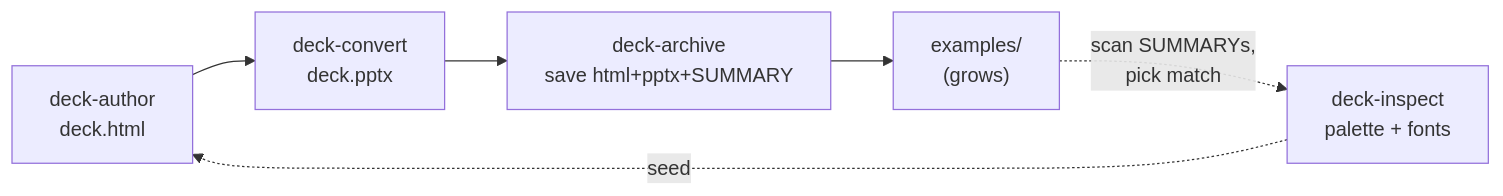
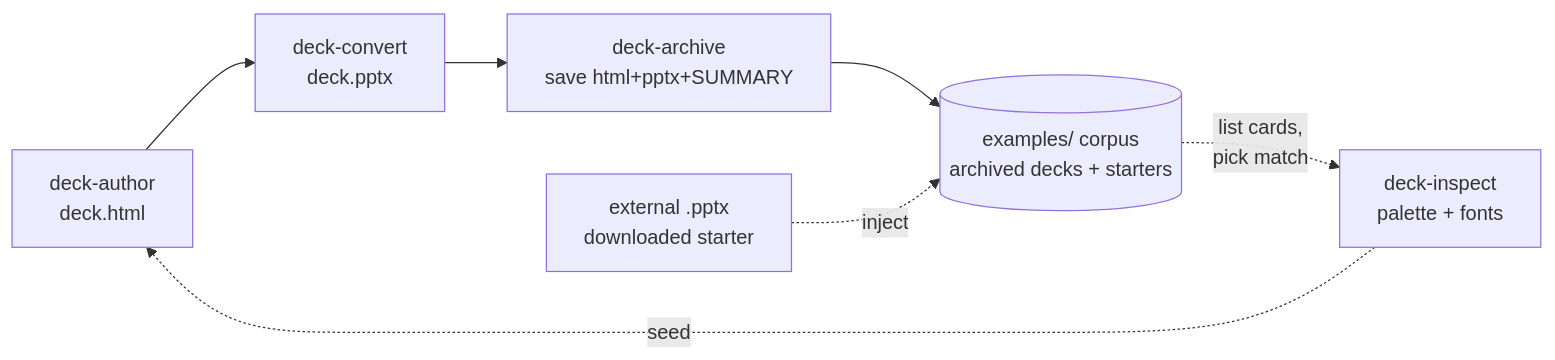
Before and after one commit to iteam1/deck-maker: the diagram in docs/self-improving.md, drawn with Mermaid. The commit also changed other lines of this file and 1 other file, not shown here.

First line of the commit message:
docs: show corpus + external resources as db icons in the loop diagrams

````diff
--- a/docs/self-improving.md
+++ b/docs/self-improving.md
@@ -12,8 +12,9 @@
 ```mermaid
 flowchart LR
     A["deck-author<br/>deck.html"] --> C["deck-convert<br/>deck.pptx"]
     C --> R["deck-archive<br/>save html+pptx+SUMMARY"]
-    R --> E["examples/<br/>(grows)"]
-    E -.->|"scan SUMMARYs,<br/>pick match"| I["deck-inspect<br/>palette + fonts"]
+    R --> E[("examples/ corpus<br/>archived decks + starters")]
+    X["external .pptx<br/>downloaded starter"] -.->|"inject"| E
+    E -.->|"list cards,<br/>pick match"| I["deck-inspect<br/>palette + fonts"]
     I -.->|"seed"| A
 ```
````
